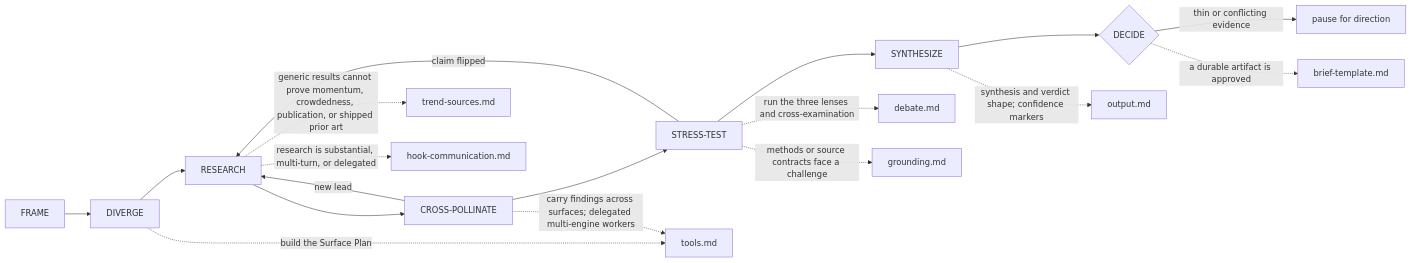
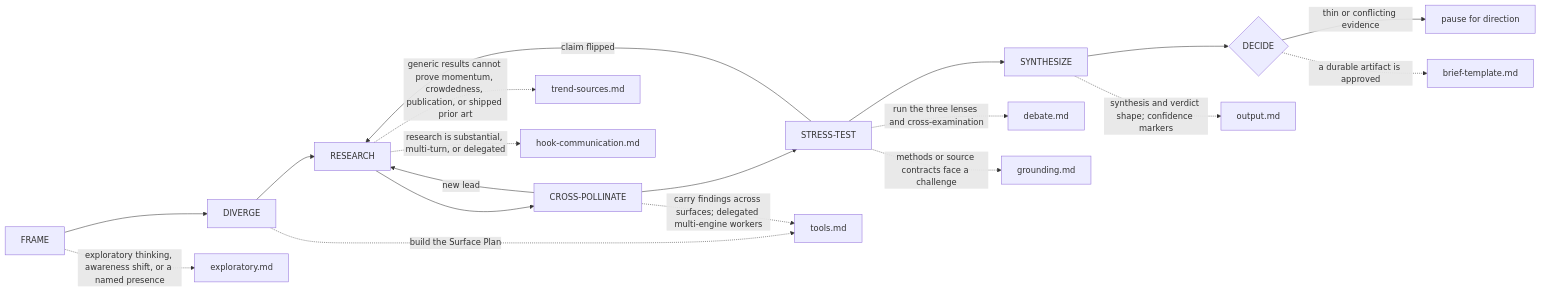
Before and after one commit to bgauryy/octocode: the diagram in skills/octocode-brainstorming/SKILL.md, drawn with Mermaid. The commit also changed other lines of this file and 374 other files, not shown here.

````diff
--- a/skills/octocode-brainstorming/SKILL.md
+++ b/skills/octocode-brainstorming/SKILL.md
@@ -13,15 +12,16 @@
 ```mermaid
 flowchart LR
   F["FRAME"] --> D["DIVERGE"] --> R["RESEARCH"] --> X["CROSS-POLLINATE"] --> T["STRESS-TEST"] --> S["SYNTHESIZE"] --> G{"DECIDE"}
   X -- "new lead" --> R
   T -- "claim flipped" --> R
   G -- "thin or conflicting evidence" --> P["pause for direction"]
+  F -. "exploratory thinking, awareness shift, or a named presence" .-> EX["exploratory.md"]
   D -. "build the Surface Plan" .-> TO["tools.md"]
   X -. "carry findings across surfaces; delegated multi-engine workers" .-> TO
   R -. "generic results cannot prove momentum, crowdedness, publication, or shipped prior art" .-> TS["trend-sources.md"]
   R -. "research is substantial, multi-turn, or delegated" .-> HC["hook-communication.md"]
   T -. "run the three lenses and cross-examination" .-> DB["debate.md"]
   T -. "methods or source contracts face a challenge" .-> GR["grounding.md"]
   S -. "synthesis and verdict shape; confidence markers" .-> OU["output.md"]
   G -. "a durable artifact is approved" .-> BT["brief-template.md"]
 ```
````
